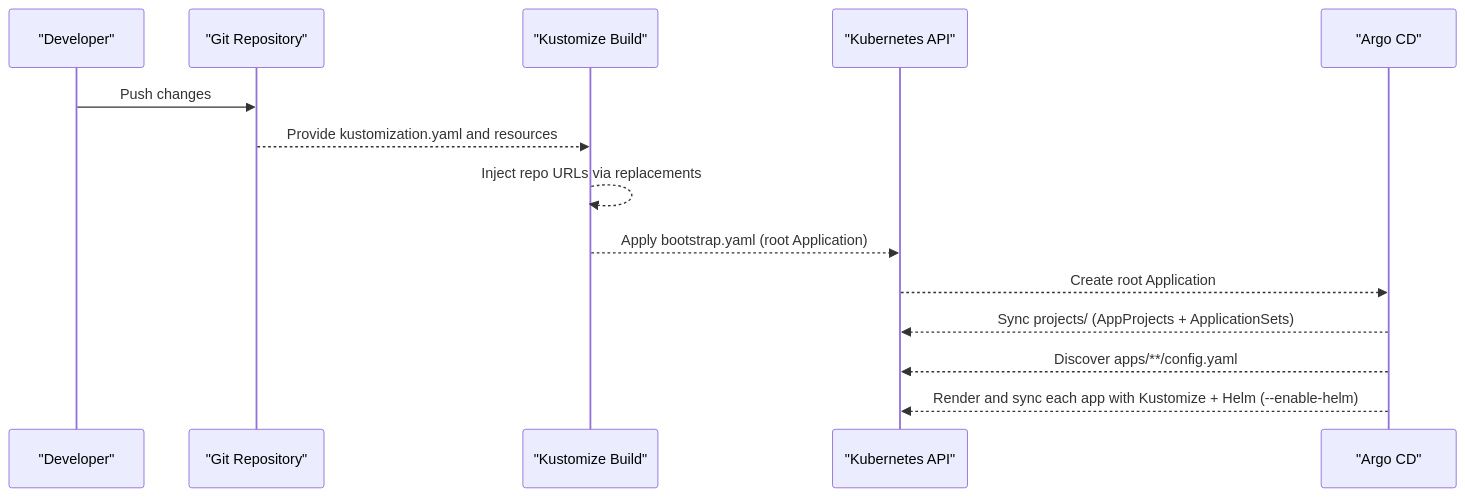
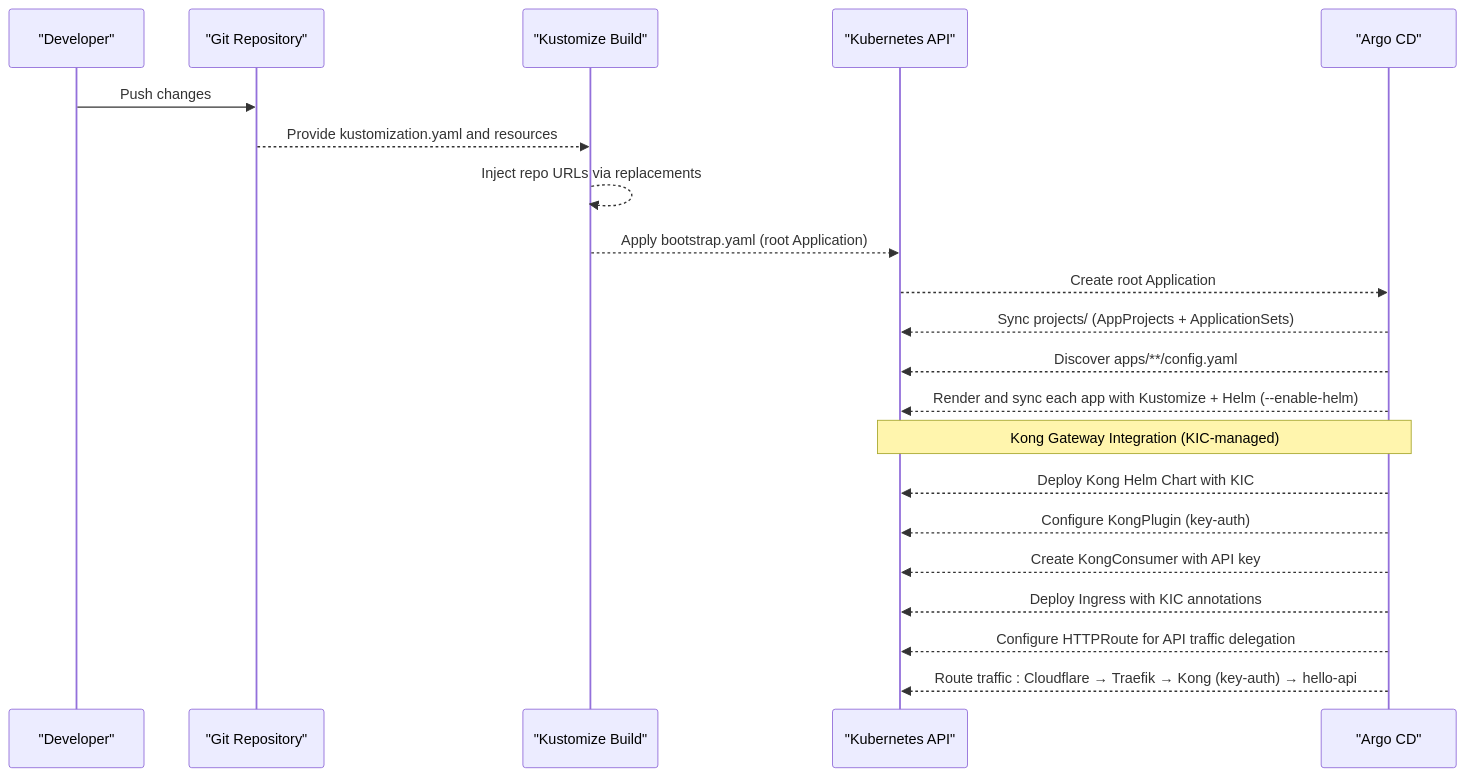
Before and after one commit to Hoangvu75/k8s_manifest: the second of 3 diagrams in .qoder/repowiki/en/content/Application Configuration/Application Configuration.md, drawn with Mermaid. The commit also changed other lines of this file and 4 other files, not shown here.

````diff
--- a/.qoder/repowiki/en/content/Application Configuration/Application Configuration.md
+++ b/.qoder/repowiki/en/content/Application Configuration/Application Configuration.md
@@ -103,16 +136,23 @@
 ```mermaid
 sequenceDiagram
 participant Dev as "Developer"
 participant Repo as "Git Repository"
 participant Kust as "Kustomize Build"
 participant Kube as "Kubernetes API"
 participant Argo as "Argo CD"
 Dev->>Repo : Push changes
 Repo-->>Kust : Provide kustomization.yaml and resources
 Kust-->>Kust : Inject repo URLs via replacements
 Kust-->>Kube : Apply bootstrap.yaml (root Application)
 Kube-->>Argo : Create root Application
 Argo-->>Kube : Sync projects/ (AppProjects + ApplicationSets)
 Argo-->>Kube : Discover apps/**/config.yaml
 Argo-->>Kube : Render and sync each app with Kustomize + Helm (--enable-helm)
+Note over Argo,Kube : Kong Gateway Integration (KIC-managed)
+Argo-->>Kube : Deploy Kong Helm Chart with KIC
+Argo-->>Kube : Configure KongPlugin (key-auth)
+Argo-->>Kube : Create KongConsumer with API key
+Argo-->>Kube : Deploy Ingress with KIC annotations
+Argo-->>Kube : Configure HTTPRoute for API traffic delegation
+Argo-->>Kube : Route traffic : Cloudflare → Traefik → Kong (key-auth) → hello-api
 ```
````
